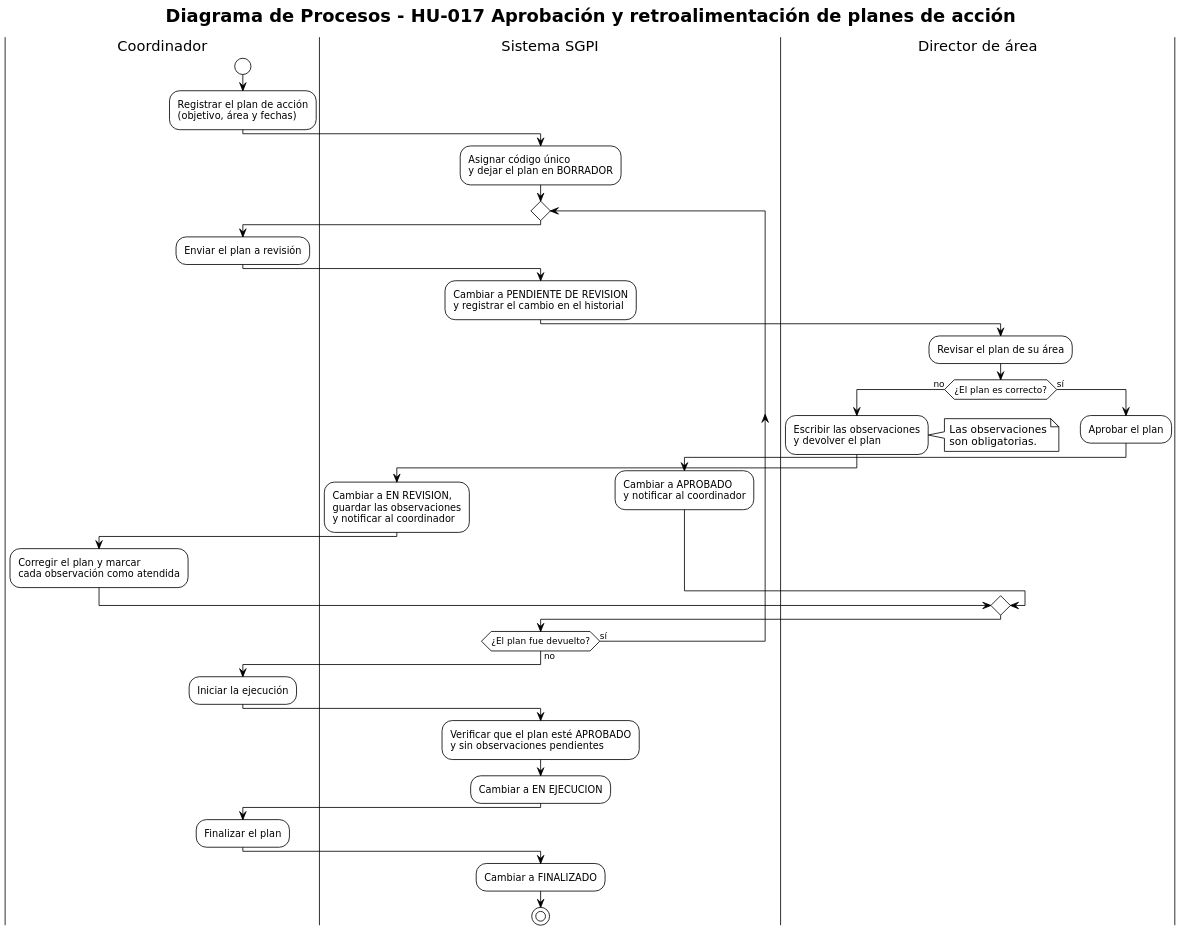
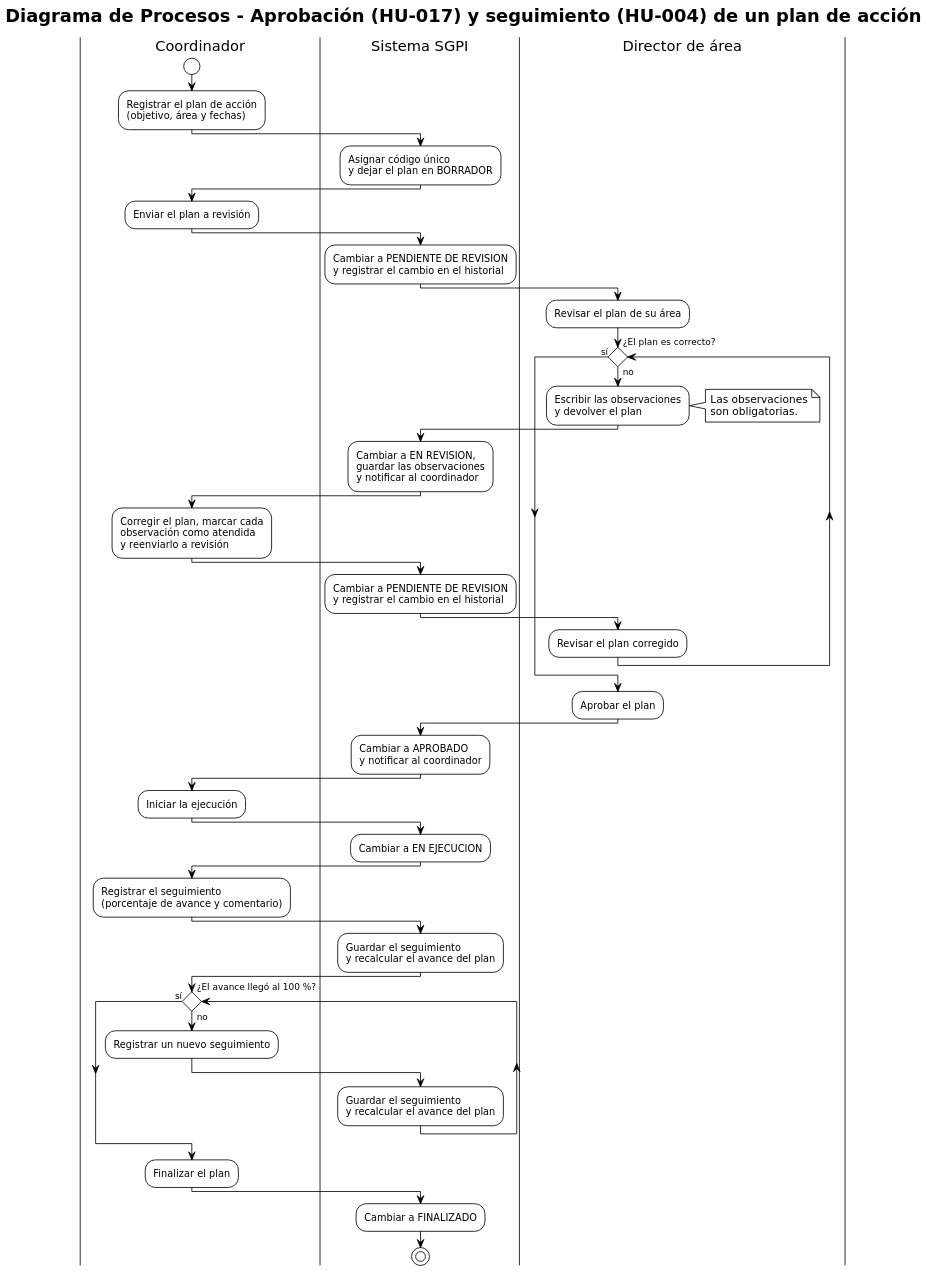
Before and after one commit to Raze144hz/Proyecto-FIDSW: the diagram in Graficas/fuentes/diagrama-procesos-hu017.puml, drawn with PlantUML. The commit also changed 5 other files, not shown here.

Commit message:
docs: apply diagram feedback and add Sprint 3 planning draft

```diff
--- a/Graficas/fuentes/diagrama-procesos-hu017.puml
+++ b/Graficas/fuentes/diagrama-procesos-hu017.puml
@@ -1,56 +1,71 @@
 @startuml diagrama-procesos-hu017
-' Diagrama de procesos de HU-017: ciclo de aprobación de un plan de acción.
+' Diagrama de procesos de HU-017 y HU-004: aprobación y seguimiento de un plan de acción.
 ' Para generar la imagen, desde la carpeta Graficas: java -jar plantuml.jar -tpng -o .. fuentes/diagrama-procesos-hu017.puml
 !theme plain
 skinparam defaultFontName DejaVu Sans
 skinparam shadowing false
 skinparam dpi 150
+skinparam conditionStyle diamond
 
-title Diagrama de Procesos - HU-017 Aprobación y retroalimentación de planes de acción
+title Diagrama de Procesos - Aprobación (HU-017) y seguimiento (HU-004) de un plan de acción
 
 |Coordinador|
 start
 :Registrar el plan de acción
 (objetivo, área y fechas);
 |Sistema SGPI|
 :Asignar código único
 y dejar el plan en BORRADOR;
-repeat
+|Coordinador|
+:Enviar el plan a revisión;
+|Sistema SGPI|
+:Cambiar a PENDIENTE DE REVISION
+y registrar el cambio en el historial;
+|Director de área|
+:Revisar el plan de su área;
+while (¿El plan es correcto?) is (no)
+  :Escribir las observaciones
+  y devolver el plan;
+  note right: Las observaciones\nson obligatorias.
+  |Sistema SGPI|
+  :Cambiar a EN REVISION,
+  guardar las observaciones
+  y notificar al coordinador;
   |Coordinador|
-  :Enviar el plan a revisión;
+  :Corregir el plan, marcar cada
+  observación como atendida
+  y reenviarlo a revisión;
   |Sistema SGPI|
   :Cambiar a PENDIENTE DE REVISION
   y registrar el cambio en el historial;
   |Director de área|
-  :Revisar el plan de su área;
-  if (¿El plan es correcto?) then (no)
-    :Escribir las observaciones
-    y devolver el plan;
-    note right: Las observaciones\nson obligatorias.
-    |Sistema SGPI|
-    :Cambiar a EN REVISION,
-    guardar las observaciones
-    y notificar al coordinador;
-    |Coordinador|
-    :Corregir el plan y marcar
-    cada observación como atendida;
-  else (sí)
-    |Director de área|
-    :Aprobar el plan;
-    |Sistema SGPI|
-    :Cambiar a APROBADO
-    y notificar al coordinador;
-  endif
-repeat while (¿El plan fue devuelto?) is (sí) not (no)
+  :Revisar el plan corregido;
+endwhile (sí)
+:Aprobar el plan;
+|Sistema SGPI|
+:Cambiar a APROBADO
+y notificar al coordinador;
 |Coordinador|
 :Iniciar la ejecución;
 |Sistema SGPI|
-:Verificar que el plan esté APROBADO
-y sin observaciones pendientes;
 :Cambiar a EN EJECUCION;
+|Coordinador|
+:Registrar el seguimiento
+(porcentaje de avance y comentario);
+|Sistema SGPI|
+:Guardar el seguimiento
+y recalcular el avance del plan;
+|Coordinador|
+while (¿El avance llegó al 100 %?) is (no)
+  |Coordinador|
+  :Registrar un nuevo seguimiento;
+  |Sistema SGPI|
+  :Guardar el seguimiento
+  y recalcular el avance del plan;
+endwhile (sí)
 |Coordinador|
 :Finalizar el plan;
 |Sistema SGPI|
 :Cambiar a FINALIZADO;
 stop
 @enduml
```
